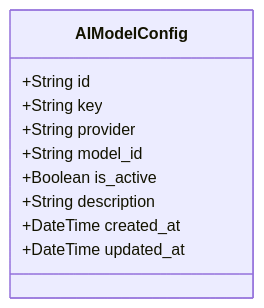
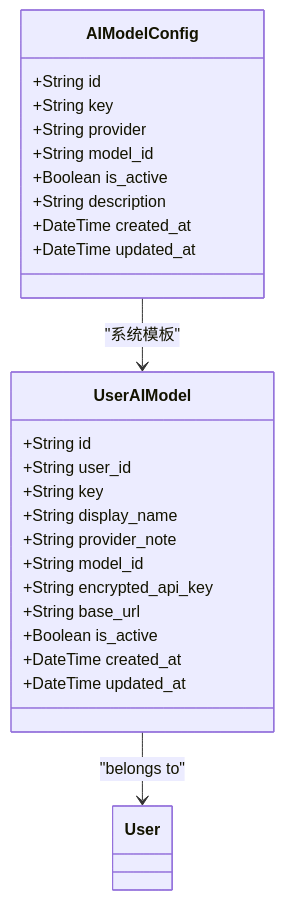
One commit to breeze-lyf/ai-stock-advisor changed the fifth of 14 diagrams in .qoder/repowiki/zh/content/数据库设计/数据库模式增强.md. Above: the diagram before and after it, drawn with Mermaid. The commit also changed other lines of this file and 43 other files, not shown here.

````diff
--- a/.qoder/repowiki/zh/content/数据库设计/数据库模式增强.md
+++ b/.qoder/repowiki/zh/content/数据库设计/数据库模式增强.md
@@ -245,13 +272,28 @@
 ```mermaid
 classDiagram
 class AIModelConfig {
 +String id
 +String key
 +String provider
 +String model_id
 +Boolean is_active
 +String description
 +DateTime created_at
 +DateTime updated_at
 }
+class UserAIModel {
++String id
++String user_id
++String key
++String display_name
++String provider_note
++String model_id
++String encrypted_api_key
++String base_url
++Boolean is_active
++DateTime created_at
++DateTime updated_at
+}
+AIModelConfig --> UserAIModel : "系统模板"
+UserAIModel --> User : "belongs to"
 ```
````
